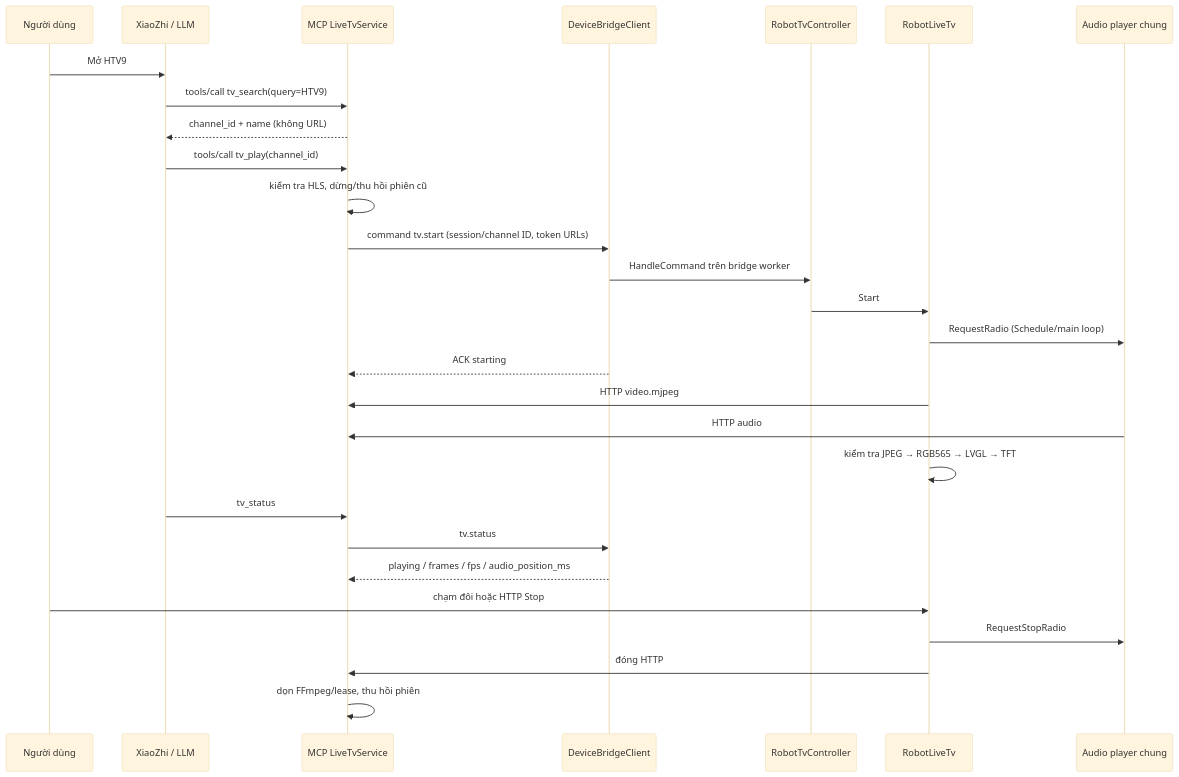
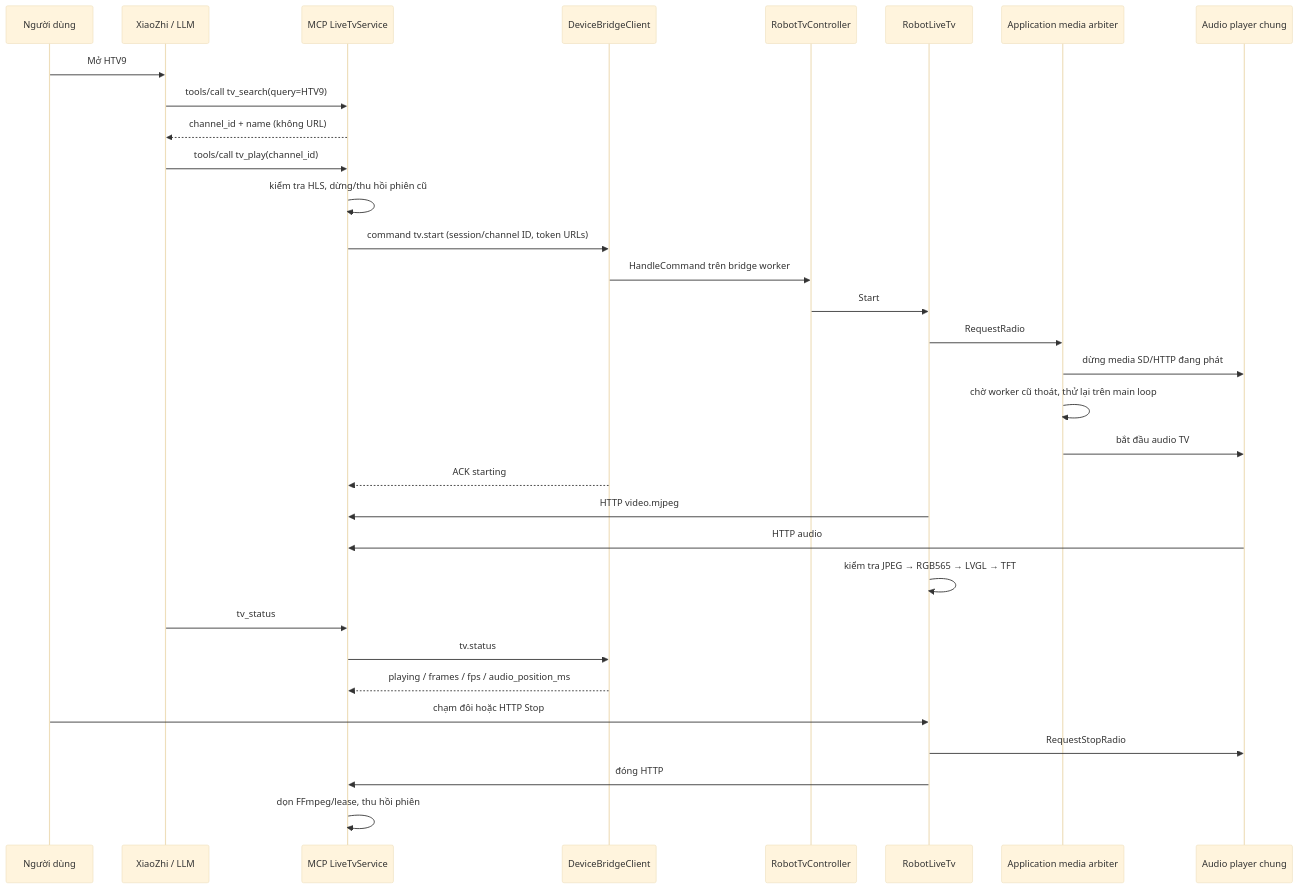
The diagram in main/boards/kynangso-robot/docs/features/live-tv/README.md (dvcuong05/xiaozhi-esp32), drawn with Mermaid (base theme) before and after one commit. The commit also changed other lines of this file and 80 other files, not shown here.

````diff
--- a/main/boards/kynangso-robot/docs/features/live-tv/README.md
+++ b/main/boards/kynangso-robot/docs/features/live-tv/README.md
@@ -33,30 +35,34 @@
 ```mermaid
 sequenceDiagram
     participant U as Người dùng
     participant X as XiaoZhi / LLM
     participant M as MCP LiveTvService
     participant B as DeviceBridgeClient
     participant C as RobotTvController
     participant P as RobotLiveTv
+    participant Q as Application media arbiter
     participant A as Audio player chung
     U->>X: Mở HTV9
     X->>M: tools/call tv_search(query=HTV9)
     M-->>X: channel_id + name (không URL)
     X->>M: tools/call tv_play(channel_id)
     M->>M: kiểm tra HLS, dừng/thu hồi phiên cũ
     M->>B: command tv.start (session/channel ID, token URLs)
     B->>C: HandleCommand trên bridge worker
     C->>P: Start
-    P->>A: RequestRadio (Schedule/main loop)
+    P->>Q: RequestRadio
+    Q->>A: dừng media SD/HTTP đang phát
+    Q->>Q: chờ worker cũ thoát, thử lại trên main loop
+    Q->>A: bắt đầu audio TV
     B-->>M: ACK starting
     P->>M: HTTP video.mjpeg
     A->>M: HTTP audio
     P->>P: kiểm tra JPEG → RGB565 → LVGL → TFT
     X->>M: tv_status
     M->>B: tv.status
     B-->>M: playing / frames / fps / audio_position_ms
     U->>P: chạm đôi hoặc HTTP Stop
     P->>A: RequestStopRadio
     P->>M: đóng HTTP
     M->>M: dọn FFmpeg/lease, thu hồi phiên
 ```
````
